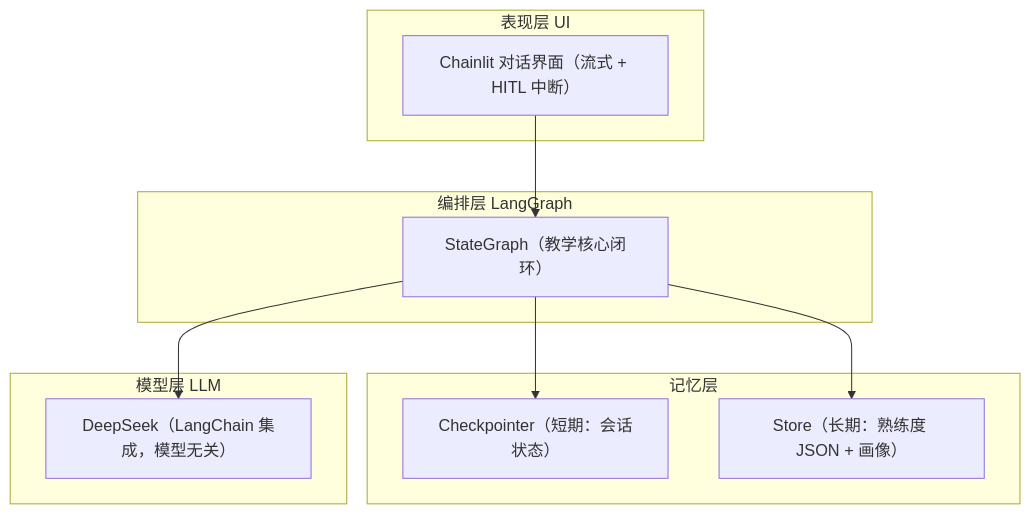
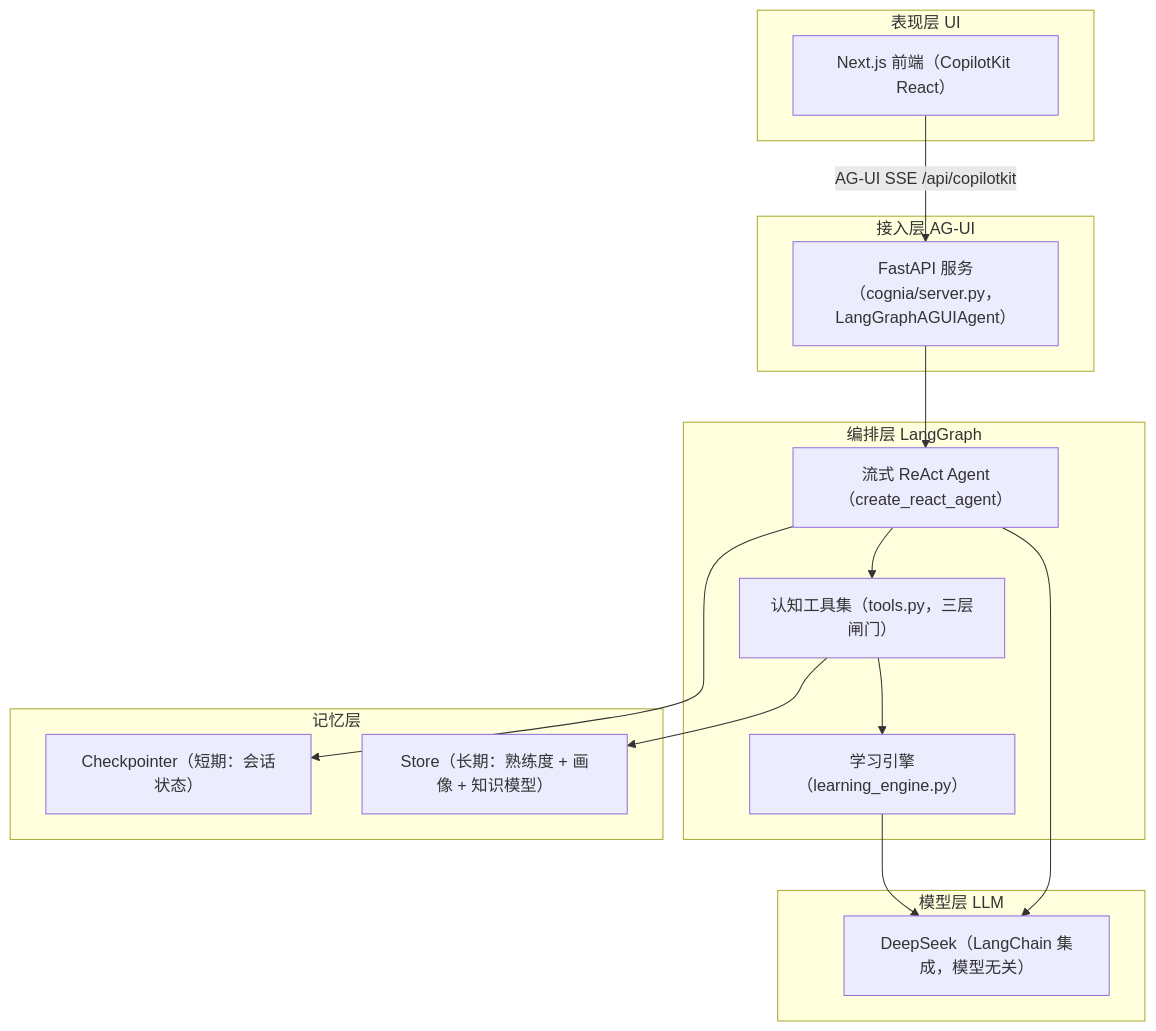
The first of 2 diagrams in docs/plan.md (b1tzer/cognia), drawn with Mermaid before and after one commit. The commit also changed other lines of this file and 16 other files, not shown here.

````diff
--- a/docs/plan.md
+++ b/docs/plan.md
@@ -20,20 +20,29 @@
 ```mermaid
 flowchart TB
     subgraph P["表现层 UI"]
-        UI["Chainlit 对话界面（流式 + HITL 中断）"]
+        FE["Next.js 前端（CopilotKit React）"]
+    end
+    subgraph A["接入层 AG-UI"]
+        API["FastAPI 服务（cognia/server.py，LangGraphAGUIAgent）"]
     end
     subgraph O["编排层 LangGraph"]
-        G["StateGraph（教学核心闭环）"]
+        G["流式 ReAct Agent（create_react_agent）"]
+        T["认知工具集（tools.py，三层闸门）"]
+        LE["学习引擎（learning_engine.py）"]
     end
     subgraph M["记忆层"]
         CP["Checkpointer（短期：会话状态）"]
-        ST["Store（长期：熟练度 JSON + 画像）"]
+        ST["Store（长期：熟练度 + 画像 + 知识模型）"]
     end
     subgraph L["模型层 LLM"]
         LLM["DeepSeek（LangChain 集成，模型无关）"]
     end
-    UI --> G
+    FE -->|AG-UI SSE /api/copilotkit| API
+    API --> G
+    G --> T
+    T --> LE
     G --> CP
-    G --> ST
+    T --> ST
     G --> LLM
+    LE --> LLM
 ```
````
